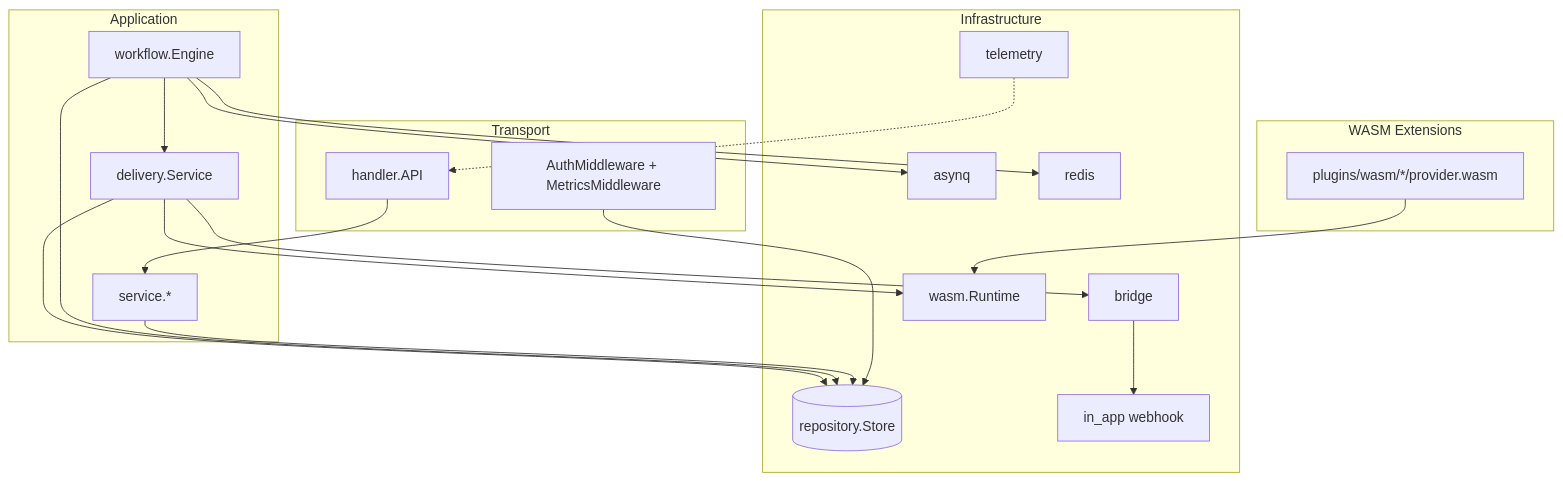
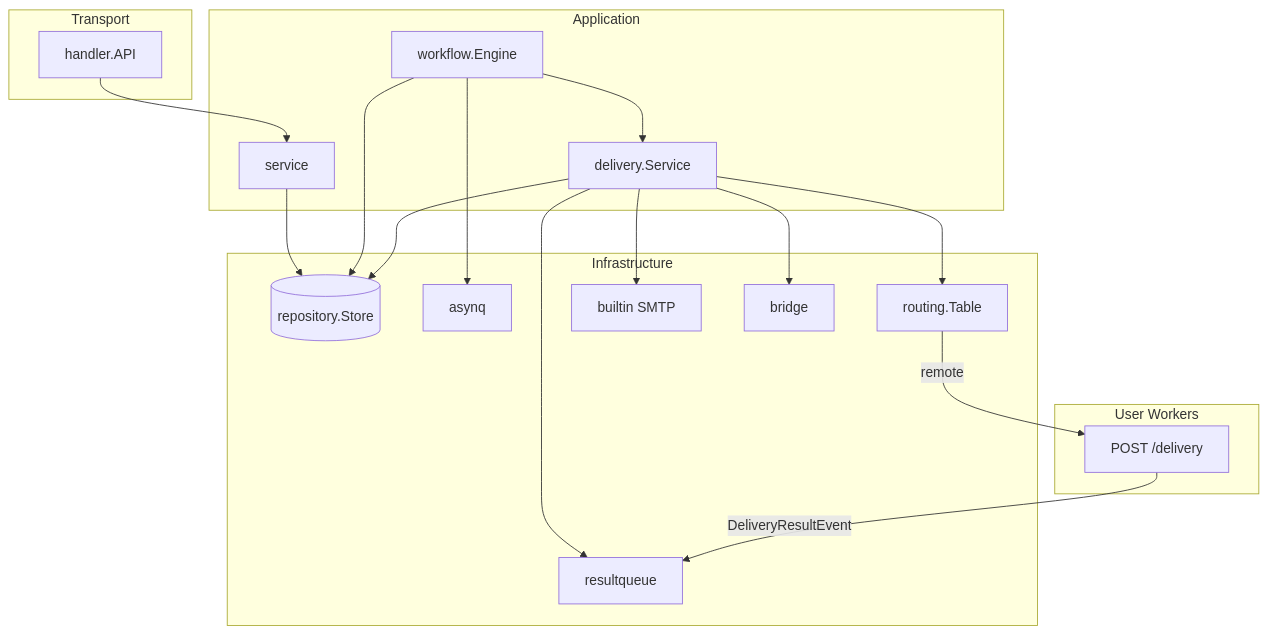
One commit to SolaTyolo/herald changed the first of 2 diagrams in docs/ARCHITECTURE.md. Above: the diagram before and after it, drawn with Mermaid. The commit also changed other lines of this file and 69 other files, not shown here.

Commit message:
Replace WASM channel providers with Traefik-style YAML routing and remote Delivery Workers.

````diff
--- a/docs/ARCHITECTURE.md
+++ b/docs/ARCHITECTURE.md
@@ -47,37 +43,34 @@
 ```mermaid
 flowchart TB
   subgraph transport [Transport]
     H[handler.API]
-    MW[AuthMiddleware + MetricsMiddleware]
   end
   subgraph app [Application]
-    SVC[service.*]
+    SVC[service]
     ENG[workflow.Engine]
     DEL[delivery.Service]
   end
   subgraph infra [Infrastructure]
     ST[(repository.Store)]
     Q[asynq]
-    R[redis]
+    RT[routing.Table]
+    RQ[resultqueue]
+    SMTP[builtin SMTP]
     BR[bridge]
-    WH[in_app webhook]
-    WASM[wasm.Runtime]
-    OTEL[telemetry]
   end
-  subgraph ext [WASM Extensions]
-    WASMEXT["plugins/wasm/*/provider.wasm"]
+  subgraph ext [User Workers]
+    UDW["POST /delivery"]
   end
   H --> SVC
-  MW --> ST
   SVC --> ST
   ENG --> ST
   ENG --> Q
   ENG --> DEL
-  ENG --> R
   DEL --> ST
-  DEL --> WASM
+  DEL --> RT
+  DEL --> SMTP
   DEL --> BR
-  BR --> WH
-  WASMEXT --> WASM
-  OTEL -.-> H
+  DEL --> RQ
+  RT -->|remote| UDW
+  UDW -->|DeliveryResultEvent| RQ
 ```
````
